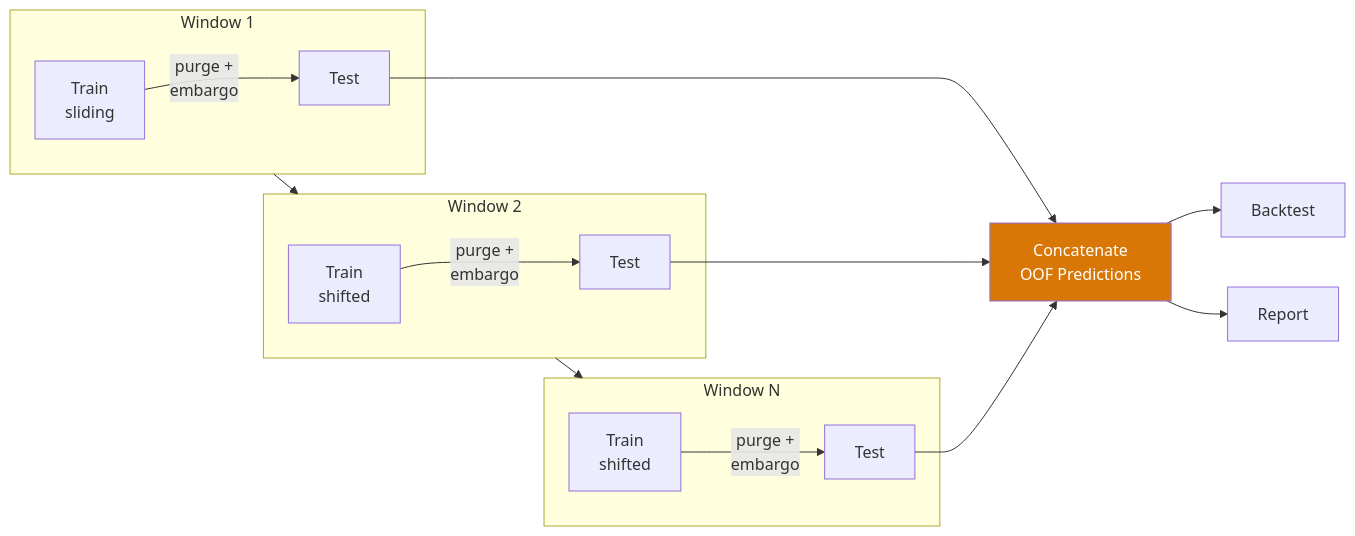
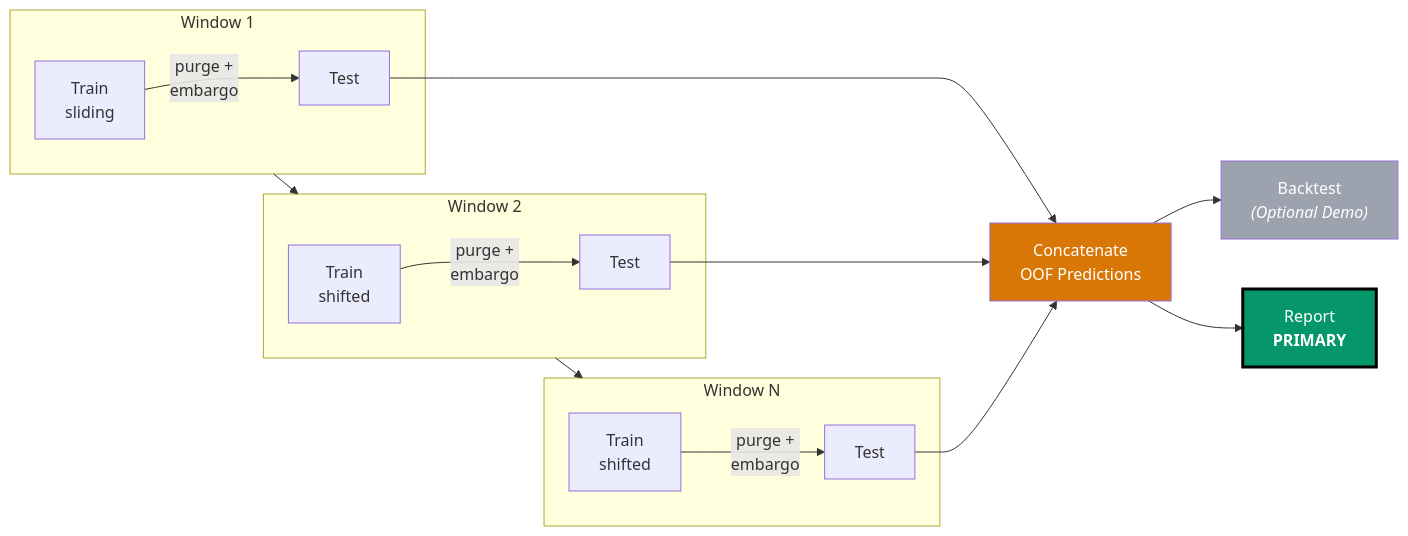
The third of 8 diagrams in docs/ARCHITECTURE.md (ultimateBroK/thesis-hybrid-stacking), drawn with Mermaid before and after one commit. The commit also changed other lines of this file and 20 other files, not shown here.

First line of the commit message:
feat: restructure evaluation to prioritize classification metrics and demote backtest to optional demo

````diff
--- a/docs/ARCHITECTURE.md
+++ b/docs/ARCHITECTURE.md
@@ -94,25 +125,27 @@
 ```mermaid
 flowchart LR
     subgraph W1["Window 1"]
         TR1["Train<br/>sliding"] -->|"purge +<br/>embargo"| TE1["Test"]
     end
 
     subgraph W2["Window 2"]
         TR2["Train<br/>shifted"] -->|"purge +<br/>embargo"| TE2["Test"]
     end
 
     subgraph WN["Window N"]
         TRN["Train<br/>shifted"] -->|"purge +<br/>embargo"| TEN["Test"]
     end
 
     W1 --> W2 --> WN
 
     TE1 --> OOF["Concatenate<br/>OOF Predictions"]
     TE2 --> OOF
     TEN --> OOF
 
-    OOF --> BT["Backtest"]
-    OOF --> RPT["Report"]
+    OOF --> BT["Backtest<br/><i>(Optional Demo)</i>"]
+    OOF --> RPT["Report<br/><b>PRIMARY</b>"]
 
     style OOF fill:#D97706,color:#fff
+    style RPT fill:#059669,color:#fff,stroke:#000,stroke-width:3px
+    style BT fill:#9CA3AF,color:#fff
 ```
````
